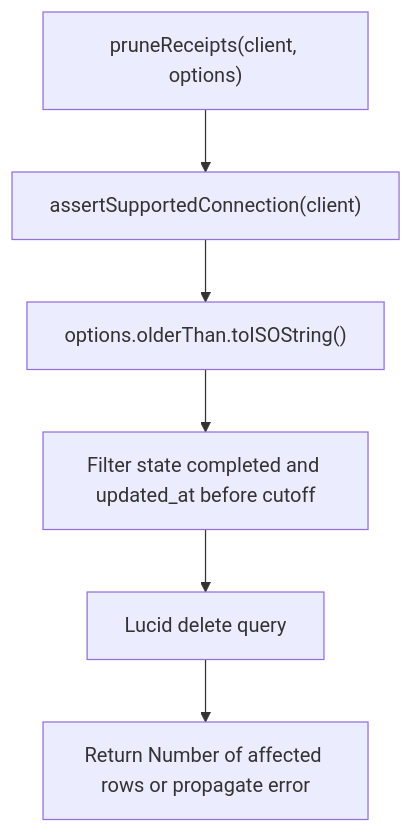
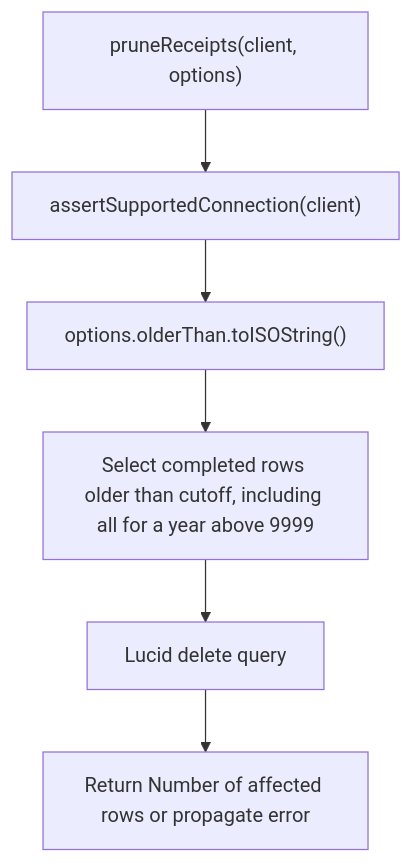
One commit to Kevinjohn/oss-adonisjs-duplicate-request-guard changed the second of 2 diagrams in user-stories/US-GUARD-05-prune-receipts.md. Above: the diagram before and after it, drawn with Mermaid. The commit also changed other lines of this file and 9 other files, not shown here.

````diff
--- a/user-stories/US-GUARD-05-prune-receipts.md
+++ b/user-stories/US-GUARD-05-prune-receipts.md
@@ -34,8 +34,8 @@
 ```mermaid
 flowchart TD
     A["pruneReceipts(client, options)"] --> B["assertSupportedConnection(client)"]
     B --> C["options.olderThan.toISOString()"]
-    C --> D["Filter state completed and updated_at before cutoff"]
+    C --> D["Select completed rows older than cutoff, including all for a year above 9999"]
     D --> E["Lucid delete query"]
     E --> F["Return Number of affected rows or propagate error"]
 ```
````
